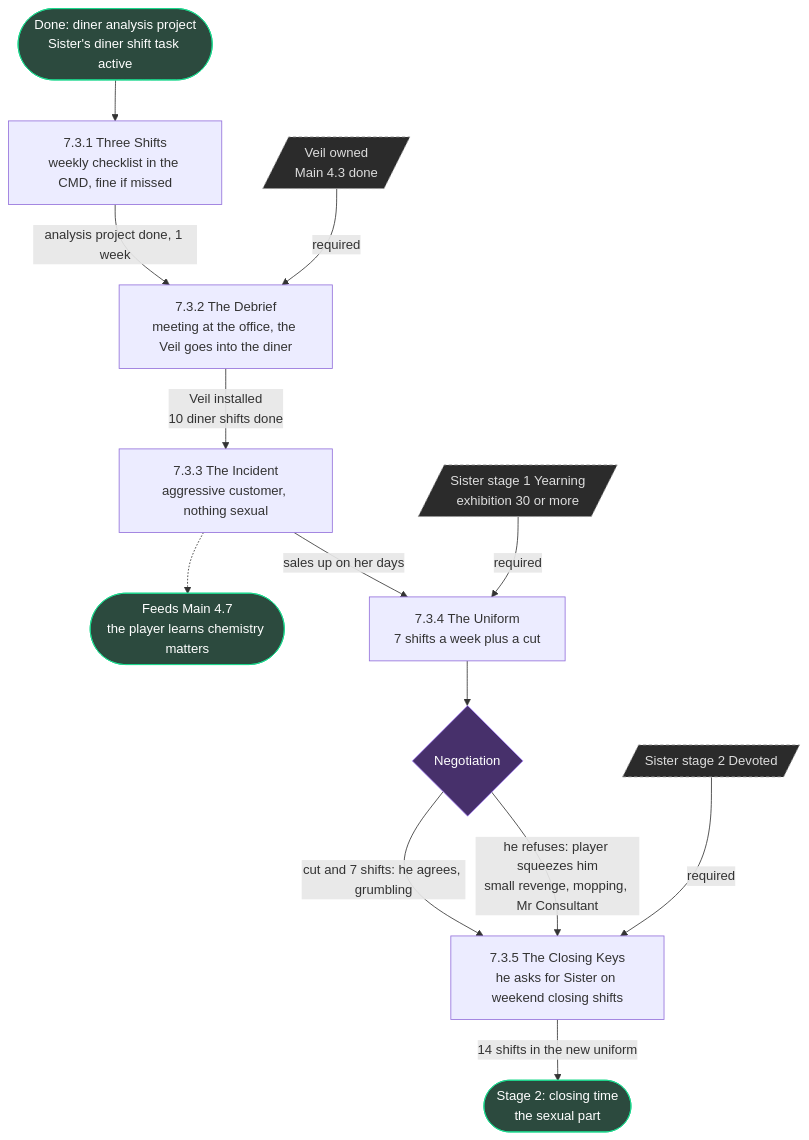
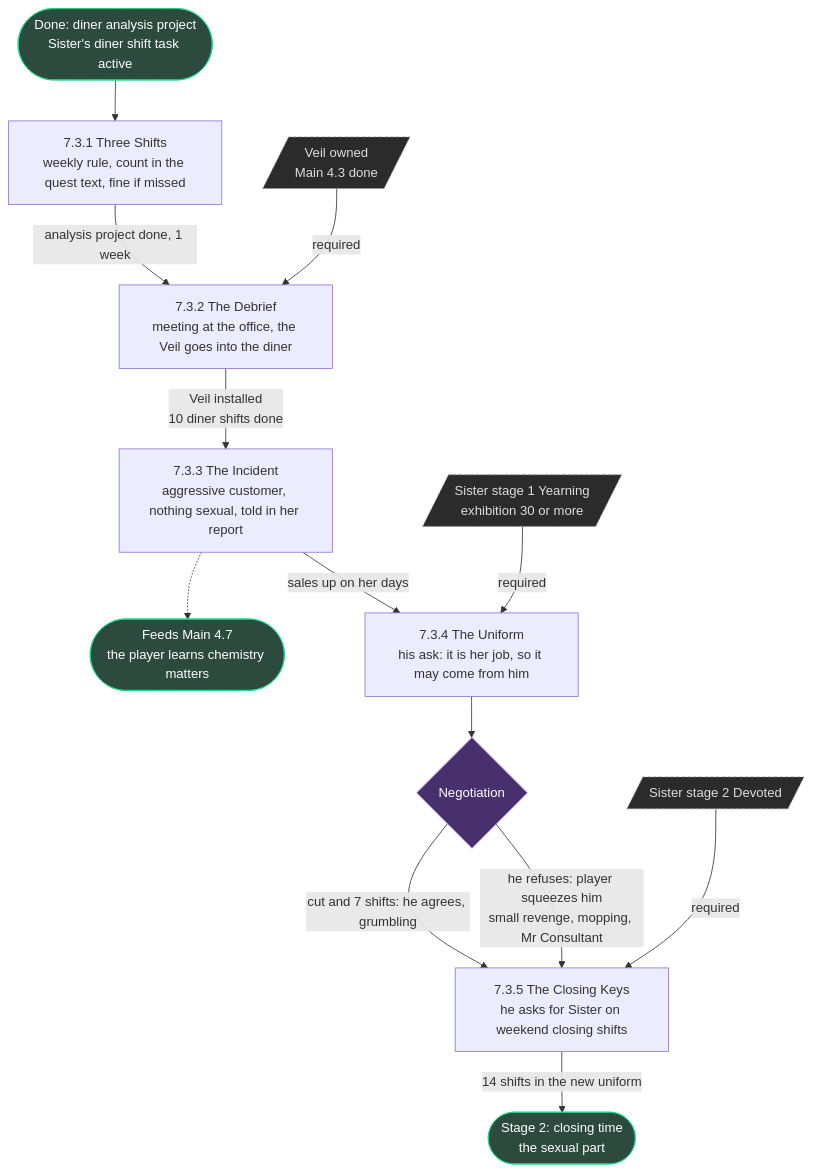
One commit to MichaelWinsauer/RTR changed the sixth of 9 diagrams in STAGE1_FLOWCHARTS.md. Above: the diagram before and after it, drawn with Mermaid. The commit also changed other lines of this file and 1 other file, not shown here.

````diff
--- a/STAGE1_FLOWCHARTS.md
+++ b/STAGE1_FLOWCHARTS.md
@@ -282,34 +307,34 @@
 ```mermaid
 flowchart TD
   S0(["Done: diner analysis project<br/>Sister's diner shift task active"]):::done
 
-  M1["7.3.1 Three Shifts<br/>weekly checklist in the CMD, fine if missed"]
+  M1["7.3.1 Three Shifts<br/>weekly rule, count in the quest text, fine if missed"]
   M2["7.3.2 The Debrief<br/>meeting at the office, the Veil goes into the diner"]
-  M3["7.3.3 The Incident<br/>aggressive customer, nothing sexual"]
-  M4["7.3.4 The Uniform<br/>7 shifts a week plus a cut"]
+  M3["7.3.3 The Incident<br/>aggressive customer, nothing sexual, told in her report"]
+  M4["7.3.4 The Uniform<br/>his ask: it is her job, so it may come from him"]
   D1{"Negotiation"}:::choice
   M5["7.3.5 The Closing Keys<br/>he asks for Sister on weekend closing shifts"]
   S2(["Stage 2: closing time<br/>the sexual part"]):::done
 
   G0[/"Veil owned<br/>Main 4.3 done"/]:::gate
   G1[/"Sister stage 1 Yearning<br/>exhibition 30 or more"/]:::gate
   G2[/"Sister stage 2 Devoted"/]:::gate
   X1(["Feeds Main 4.7<br/>the player learns chemistry matters"]):::done
 
   S0 --> M1
   M1 -->|"analysis project done, 1 week"| M2
   G0 -->|"required"| M2
   M2 -->|"Veil installed<br/>10 diner shifts done"| M3
   M3 -.-> X1
   M3 -->|"sales up on her days"| M4
   G1 -->|"required"| M4
   M4 --> D1
   D1 -->|"cut and 7 shifts: he agrees, grumbling"| M5
   D1 -->|"he refuses: player squeezes him<br/>small revenge, mopping, Mr Consultant"| M5
   G2 -->|"required"| M5
   M5 -->|"14 shifts in the new uniform"| S2
 
   classDef done fill:#2c4a3e,stroke:#1cd88d,color:#fff
   classDef choice fill:#47306b,stroke:#b08bff,color:#fff
   classDef gate fill:#2b2b2b,stroke:#999,color:#ddd,stroke-dasharray:4 3
 ```
````
